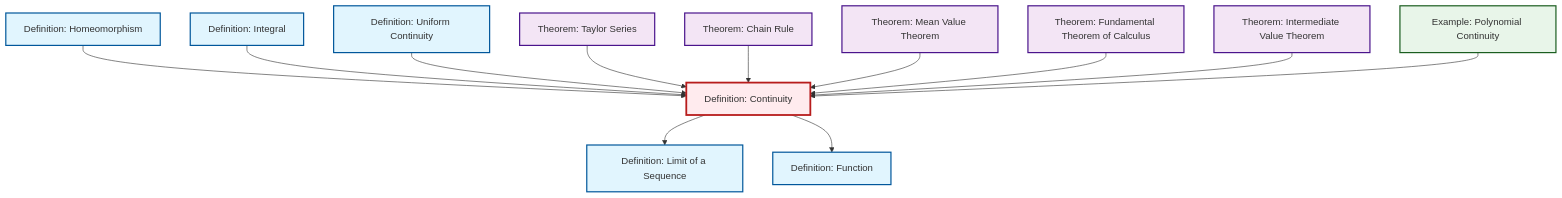
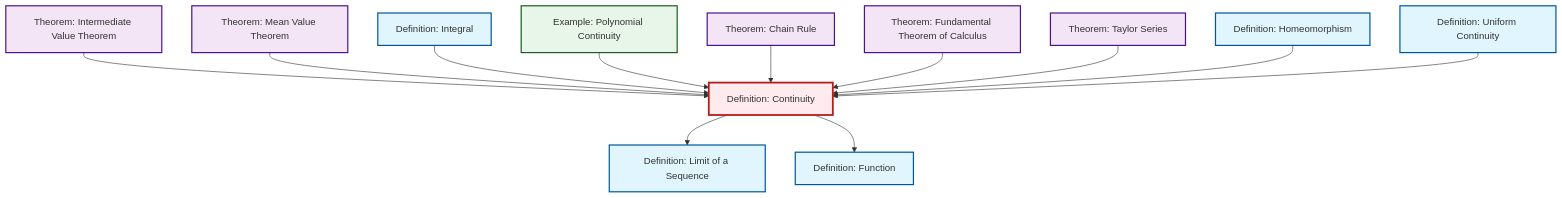
Before and after one commit to RK0429/ModernMath: the diagram in content/ja/analysis/def-continuity.qmd, drawn with Mermaid. The commit also changed other lines of this file and 597 other files, not shown here.

````diff
--- a/content/ja/analysis/def-continuity.qmd
+++ b/content/ja/analysis/def-continuity.qmd
@@ -59,44 +59,44 @@
 ```{mermaid}
 %%| fig-cap: "Local dependency graph"
 graph TD
     classDef definition fill:#e1f5fe,stroke:#01579b,stroke-width:2px
     classDef theorem fill:#f3e5f5,stroke:#4a148c,stroke-width:2px
     classDef axiom fill:#fff3e0,stroke:#e65100,stroke-width:2px
     classDef example fill:#e8f5e9,stroke:#1b5e20,stroke-width:2px
     classDef current fill:#ffebee,stroke:#b71c1c,stroke-width:3px
-    thm-taylor-series["Theorem: Taylor Series"]:::theorem
-    def-function["Definition: Function"]:::definition
     def-integral["Definition: Integral"]:::definition
-    def-uniform-continuity["Definition: Uniform Continuity"]:::definition
     ex-polynomial-continuity["Example: Polynomial Continuity"]:::example
     thm-intermediate-value["Theorem: Intermediate Value Theorem"]:::theorem
+    thm-mean-value["Theorem: Mean Value Theorem"]:::theorem
+    def-uniform-continuity["Definition: Uniform Continuity"]:::definition
+    def-function["Definition: Function"]:::definition
     thm-chain-rule["Theorem: Chain Rule"]:::theorem
     def-homeomorphism["Definition: Homeomorphism"]:::definition
+    thm-fundamental-calculus["Theorem: Fundamental Theorem of Calculus"]:::theorem
+    thm-taylor-series["Theorem: Taylor Series"]:::theorem
     def-limit["Definition: Limit of a Sequence"]:::definition
-    thm-mean-value["Theorem: Mean Value Theorem"]:::theorem
-    thm-fundamental-calculus["Theorem: Fundamental Theorem of Calculus"]:::theorem
     def-continuity["Definition: Continuity"]:::definition
+    thm-intermediate-value --> def-continuity
+    def-continuity --> def-limit
+    thm-mean-value --> def-continuity
+    def-continuity --> def-function
+    def-integral --> def-continuity
+    ex-polynomial-continuity --> def-continuity
+    thm-chain-rule --> def-continuity
+    thm-fundamental-calculus --> def-continuity
+    thm-taylor-series --> def-continuity
     def-homeomorphism --> def-continuity
-    def-continuity --> def-limit
-    def-integral --> def-continuity
     def-uniform-continuity --> def-continuity
-    thm-taylor-series --> def-continuity
-    thm-chain-rule --> def-continuity
-    def-continuity --> def-function
-    thm-mean-value --> def-continuity
-    thm-fundamental-calculus --> def-continuity
-    thm-intermediate-value --> def-continuity
-    ex-polynomial-continuity --> def-continuity
     class def-continuity current
-    click thm-taylor-series "thm-taylor-series.html" "Theorem: Taylor Seriesへ"
-    click def-function "def-function.html" "Definition: Functionへ"
     click def-integral "def-integral.html" "Definition: Integralへ"
-    click def-uniform-continuity "def-uniform-continuity.html" "Definition: Uniform Continuityへ"
     click ex-polynomial-continuity "ex-polynomial-continuity.html" "Example: Polynomial Continuityへ"
     click thm-intermediate-value "thm-intermediate-value.html" "Theorem: Intermediate Value Theoremへ"
+    click thm-mean-value "thm-mean-value.html" "Theorem: Mean Value Theoremへ"
+    click def-uniform-continuity "def-uniform-continuity.html" "Definition: Uniform Continuityへ"
+    click def-function "def-function.html" "Definition: Functionへ"
     click thm-chain-rule "thm-chain-rule.html" "Theorem: Chain Ruleへ"
     click def-homeomorphism "def-homeomorphism.html" "Definition: Homeomorphismへ"
+    click thm-fundamental-calculus "thm-fundamental-calculus.html" "Theorem: Fundamental Theorem of Calculusへ"
+    click thm-taylor-series "thm-taylor-series.html" "Theorem: Taylor Seriesへ"
     click def-limit "def-limit.html" "Definition: Limit of a Sequenceへ"
-    click thm-mean-value "thm-mean-value.html" "Theorem: Mean Value Theoremへ"
-    click thm-fundamental-calculus "thm-fundamental-calculus.html" "Theorem: Fundamental Theorem of Calculusへ"
 ```
````
